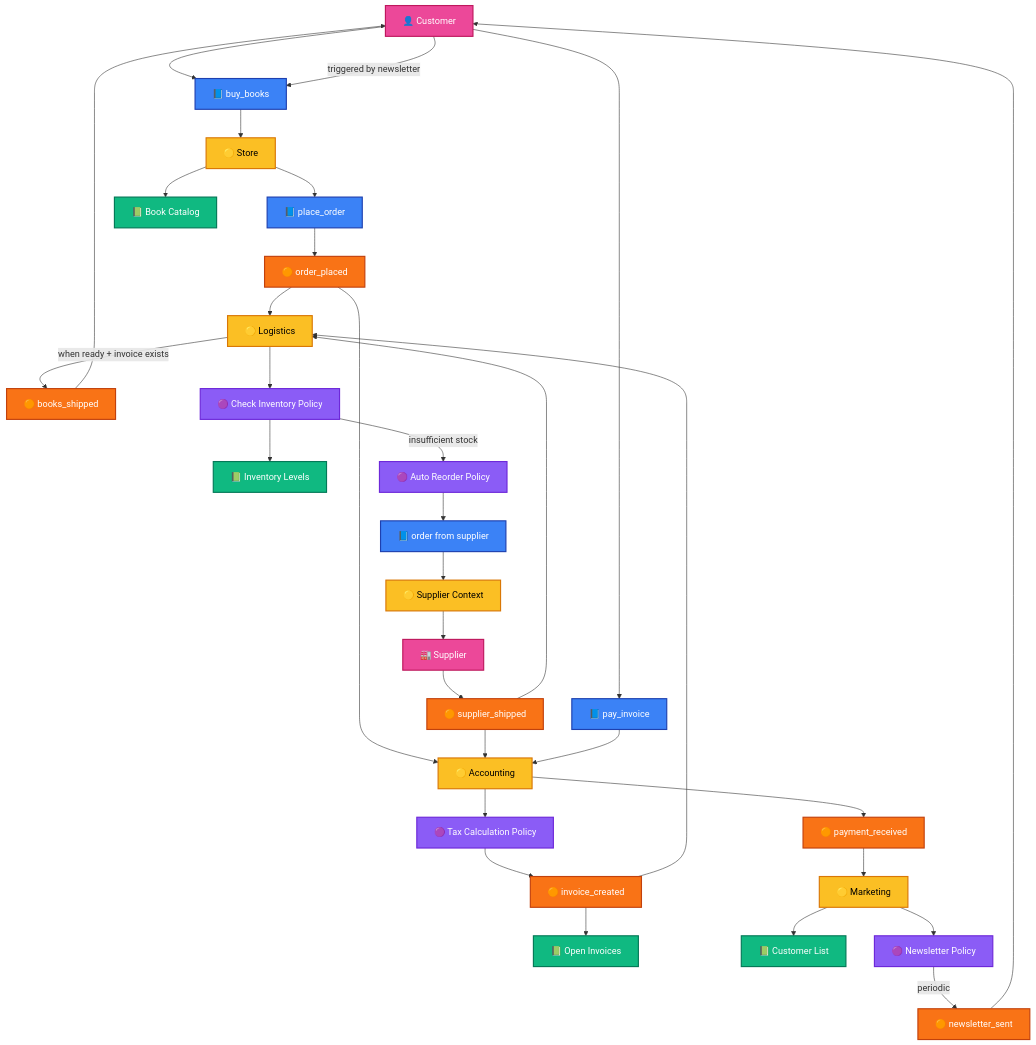
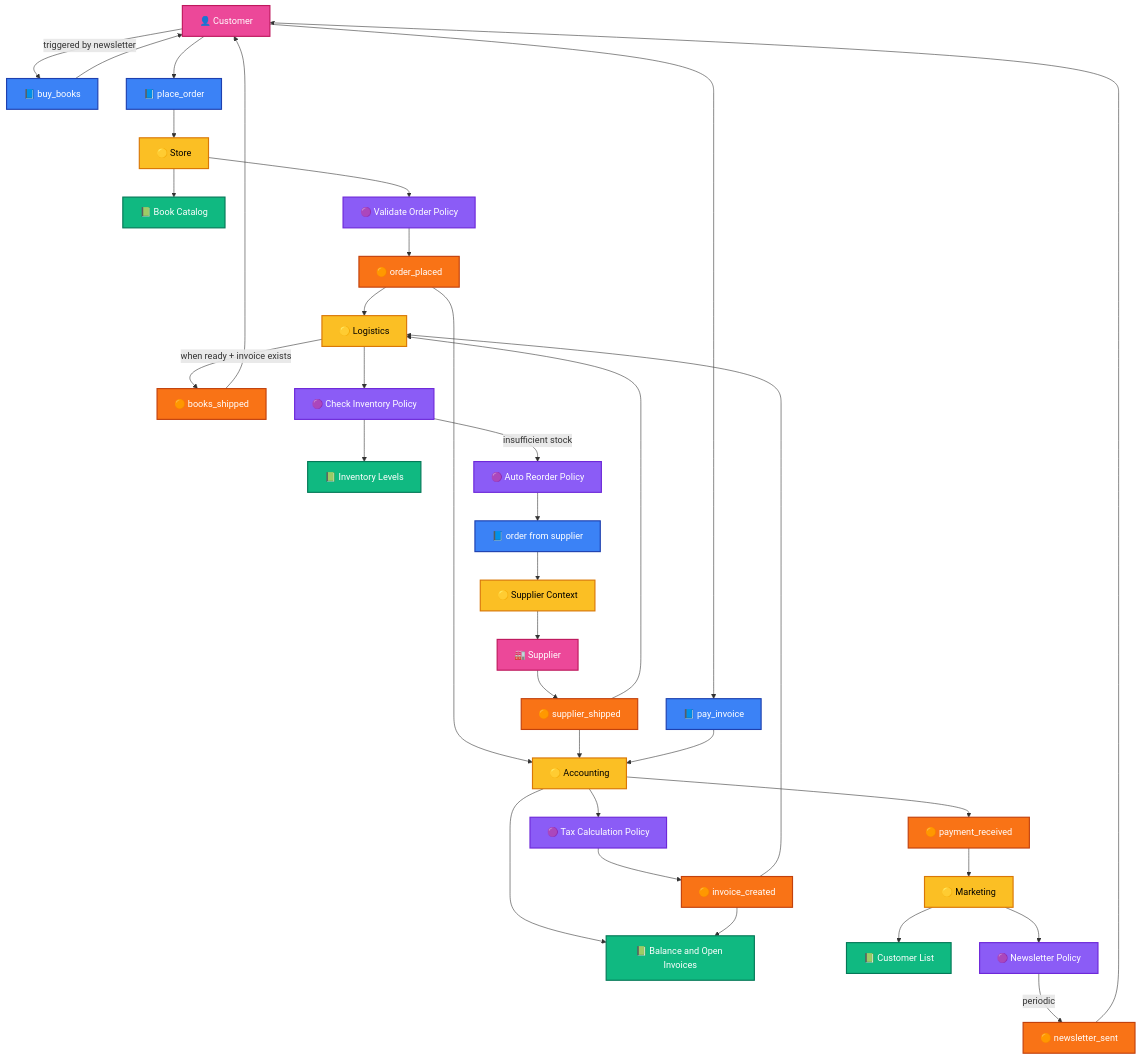
Before and after one commit to grrrisu/book_shop: the diagram in eventstorming.md, drawn with Mermaid. The commit also changed 4 other files, not shown here.

````diff
--- a/eventstorming.md
+++ b/eventstorming.md
@@ -21,7 +21,7 @@
     %% Read Models/Views (Green)
     BookCatalog[📗 Book Catalog]
     Inventory[📗 Inventory Levels]
-    OpenInvoices[📗 Open Invoices]
+    BalanceAndInvoices[📗 Balance and Open Invoices]
     CustomerList[📗 Customer List]
     
     %% Aggregates/Bounded Contexts (Yellow)
@@ -32,6 +32,7 @@
     SupplierCtx[🟡 Supplier Context]
     
     %% Policies/Business Rules (Purple)
+    ValidateOrder[🟣 Validate Order Policy]
     CheckInventory[🟣 Check Inventory Policy]
     AutoReorder[🟣 Auto Reorder Policy]
     TaxCalculation[🟣 Tax Calculation Policy]
@@ -40,11 +41,12 @@
 
     
     %% Flow
-    Customer --> BuyBooks
-    BuyBooks --> Store
+    BuyBooks --> Customer
+    Customer --> PlaceOrder
+    PlaceOrder --> Store
     Store --> BookCatalog
-    Store --> PlaceOrder
-    PlaceOrder --> OrderPlaced
+    Store --> ValidateOrder
+    ValidateOrder --> OrderPlaced
     
     OrderPlaced --> Logistics
     OrderPlaced --> Accounting
@@ -62,8 +64,9 @@
     
     %% Accounting Flow
     Accounting --> TaxCalculation
+    Accounting --> BalanceAndInvoices
     TaxCalculation --> InvoiceCreated
-    InvoiceCreated --> OpenInvoices
+    InvoiceCreated --> BalanceAndInvoices
     InvoiceCreated --> Logistics
     
     %% Shipping Flow
@@ -92,8 +95,8 @@
     
     class BuyBooks,PlaceOrder,PayInvoice,OrderSupplier command
     class OrderPlaced,InvoiceCreated,BooksShipped,PaymentReceived,SupplierShipped,NewsletterSent event
-    class BookCatalog,Inventory,OpenInvoices,CustomerList readmodel
+    class BookCatalog,Inventory,BalanceAndInvoices,CustomerList readmodel
     class Store,Logistics,Accounting,Marketing,SupplierCtx aggregate
-    class CheckInventory,AutoReorder,TaxCalculation,NewsletterPolicy policy
+    class ValidateOrder,CheckInventory,AutoReorder,TaxCalculation,NewsletterPolicy policy
     class Customer,Supplier actor
 ```
````
